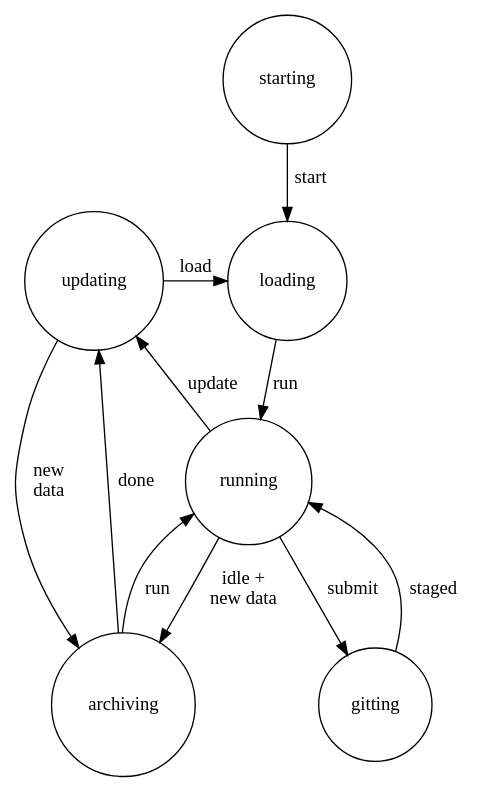
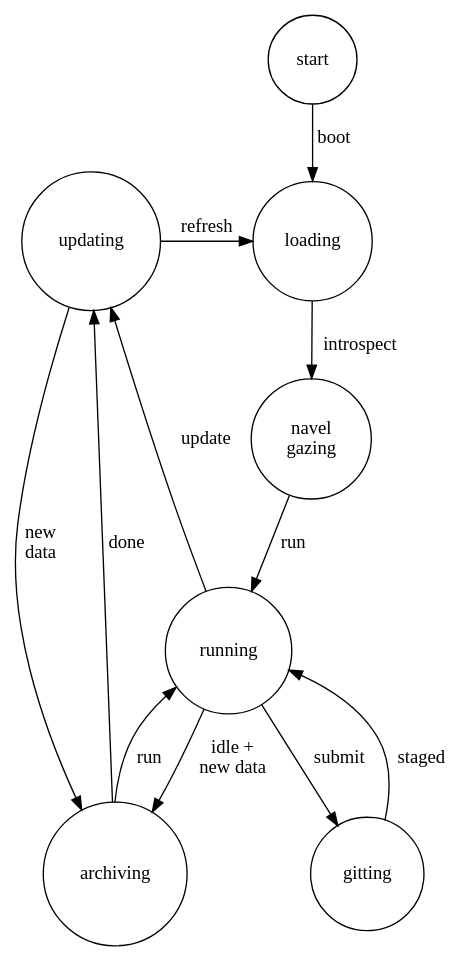
One commit to al-niessner/DAWGIE changed the diagram in Python/dawgie/pl/state.dot. Above: the diagram before and after it, drawn with Graphviz. The commit also changed 1 other file, not shown here.

```diff
--- a/Python/dawgie/pl/state.dot
+++ b/Python/dawgie/pl/state.dot
@@ -1,101 +1,106 @@
 digraph dawgie_fsm
 {
 /*
 COPYRIGHT:
 Copyright (c) 2015-2025, California Institute of Technology ("Caltech").
 U.S. Government sponsorship acknowledged.
 
 All rights reserved.
 
 LICENSE:
 Redistribution and use in source and binary forms, with or without
 modification, are permitted provided that the following conditions are met:
 
 - Redistributions of source code must retain the above copyright notice,
 this list of conditions and the following disclaimer.
 
 - Redistributions in binary form must reproduce the above copyright
 notice, this list of conditions and the following disclaimer in the
 documentation and/or other materials provided with the distribution.
 
 - Neither the name of Caltech nor its operating division, the Jet
 Propulsion Laboratory, nor the names of its contributors may be used to
 endorse or promote products derived from this software without specific prior
 written permission.
 
 THIS SOFTWARE IS PROVIDED BY THE COPYRIGHT HOLDERS AND CONTRIBUTORS "AS IS"
 AND ANY EXPRESS OR IMPLIED WARRANTIES, INCLUDING, BUT NOT LIMITED TO, THE
 IMPLIED WARRANTIES OF MERCHANTABILITY AND FITNESS FOR A PARTICULAR PURPOSE
 ARE DISCLAIMED. IN NO EVENT SHALL THE COPYRIGHT OWNER OR CONTRIBUTORS BE
 LIABLE FOR ANY DIRECT, INDIRECT, INCIDENTAL, SPECIAL, EXEMPLARY, OR
 CONSEQUENTIAL DAMAGES (INCLUDING, BUT NOT LIMITED TO, PROCUREMENT OF
 SUBSTITUTE GOODS OR SERVICES; LOSS OF USE, DATA, OR PROFITS; OR BUSINESS
 INTERRUPTION) HOWEVER CAUSED AND ON ANY THEORY OF LIABILITY, WHETHER IN
 CONTRACT, STRICT LIABILITY, OR TORT (INCLUDING NEGLIGENCE OR OTHERWISE)
 ARISING IN ANY WAY OUT OF THE USE OF THIS SOFTWARE, EVEN IF ADVISED OF THE
 POSSIBILITY OF SUCH DAMAGE.
 
 NTR:
 */
         node [shape = circle];
-        starting[id=starting]
+        starting[id=starting, label=start]
         loading[id=loading]
+        contemplation[id=contemplation, label="navel\ngazing"]
         updating[id=updating]
         running[id=running]
         gitting[id=gitting]
         archiving[id=archiving];
         { rank=same loading updating }
         rankdir=TB;
-        starting -> loading [label=start,
+        starting -> loading [label=boot,
                              trigger=starting_trigger,
                              source=starting,
                              dest=loading,
                              before=start,
                              after=load];
-        loading -> running[label=run,
-                           trigger=running_trigger,
-                           source=loading,
-                           dest=running,
-                           before=navel_gaze];
+        loading -> contemplation[label=introspect,
+                                 trigger=contemplation_trigger,
+                                 source=loading,
+                                 dest=contemplation];
+        contemplation -> running[label=run,
+                                 trigger=running_trigger,
+                                 source=contemplation,
+                                 dest=running,
+                                 after=navel_gaze];
         running -> gitting[label=submit,
                            trigger=gitting_trigger,
                            source=running,
                            dest=gitting];
         gitting -> running[label=staged,
                            trigger=running_trigger,
                            source=gitting,
                            dest=running];
         running -> archiving[label="idle +\nnew data",
                              after=archive,
                              before=save_prior_state,
                              trigger=archiving_trigger,
                              source=running,
                              dest=archiving];
         archiving -> running[label=run,
                              trigger=running_trigger,
                              source=archiving,
                              dest=running,
                              before=navel_gaze];
         running -> updating[label=update,
                             trigger=update_trigger,
                             source=running,
                             dest=updating,
                             after=reload];
-        updating -> loading[label=load,
+        updating -> loading[label=refresh,
                             trigger=loading_trigger,
                             source=updating,
                             dest=loading,
                             before=reset,
                             after=load];
         updating -> archiving[label=" new\ndata",
                               after=archive,
                               before=save_prior_state,
                               trigger=archiving_trigger,
                               source=updating,
                               dest=archiving];
         archiving -> updating[label=done,
                               after=loading_trigger,
                               trigger=updating_trigger,
                               source=archiving,
                               dest=updating];
 }
```
